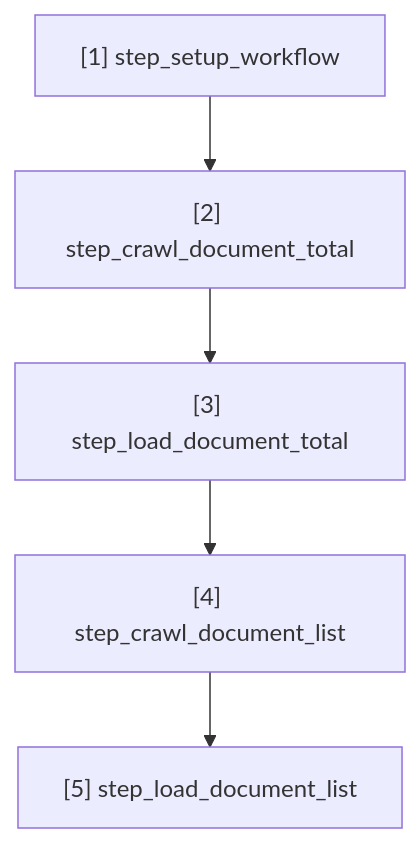
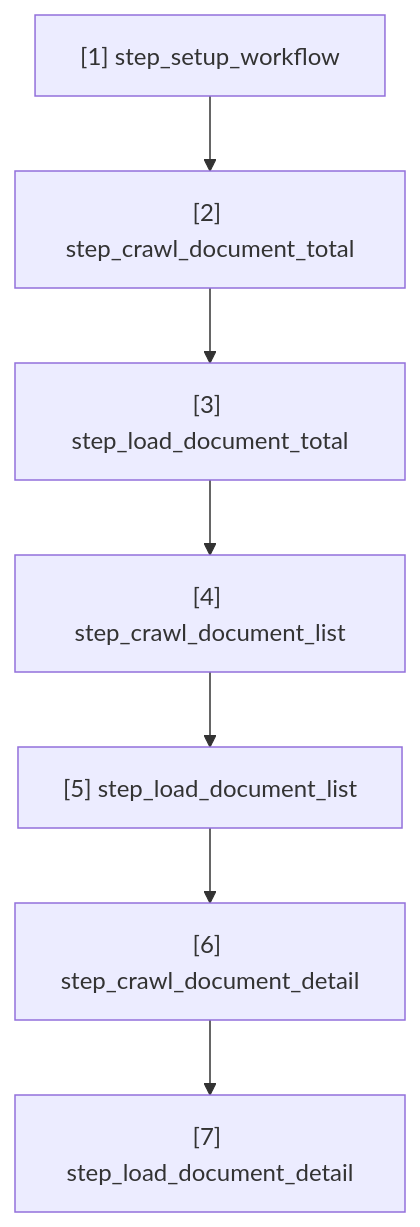
Before and after one commit to 20206205Tech/data-pipeline-vbpl: the diagram in docs/workflow.md, drawn with Mermaid. The commit also changed 14 other files, not shown here.

````diff
--- a/docs/workflow.md
+++ b/docs/workflow.md
@@ -3,14 +3,18 @@
 ```mermaid
 flowchart TD
     N1["[1] step_setup_workflow"]
     N2["[2] step_crawl_document_total"]
     N3["[3] step_load_document_total"]
     N4["[4] step_crawl_document_list"]
     N5["[5] step_load_document_list"]
+    N6["[6] step_crawl_document_detail"]
+    N7["[7] step_load_document_detail"]
 
     %% Các liên kết
     N1 --> N2
     N2 --> N3
     N3 --> N4
     N4 --> N5
+    N5 --> N6
+    N6 --> N7
 ```
````
